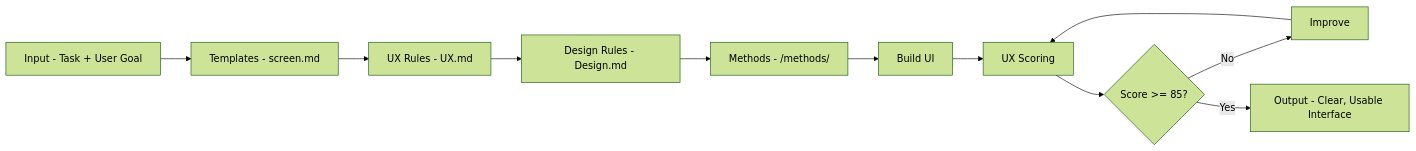
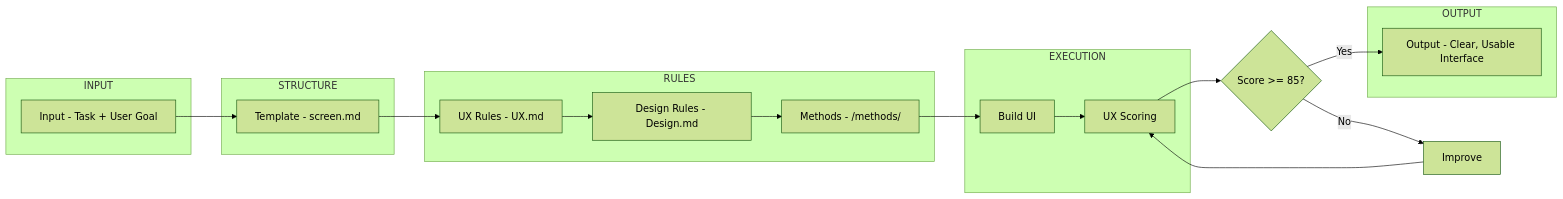
One commit to layr-hq/layr changed the diagram in README.md. Above: the diagram before and after it, drawn with Mermaid (forest theme).

````diff
--- a/README.md
+++ b/README.md
@@ -66,13 +64,33 @@
 ```mermaid
 flowchart LR
-    A[Input - Task + User Goal] --> B[Templates - screen.md]
-    B --> C[UX Rules - UX.md]
-    C --> D[Design Rules - Design.md]
-    D --> E[Methods - /methods/]
-    E --> F[Build UI]
-    F --> G[UX Scoring]
+
+    subgraph INPUT
+        A[Input - Task + User Goal]
+    end
+
+    subgraph STRUCTURE
+        B[Template - screen.md]
+    end
+
+    subgraph RULES
+        C[UX Rules - UX.md]
+        D[Design Rules - Design.md]
+        E[Methods - /methods/]
+    end
+
+    subgraph EXECUTION
+        F[Build UI]
+        G[UX Scoring]
+    end
+
+    subgraph OUTPUT
+        J[Output - Clear, Usable Interface]
+    end
+
+    A --> B --> C --> D --> E --> F --> G
+
     G --> H{Score >= 85?}
     H -- No --> I[Improve]
     I --> G
-    H -- Yes --> J[Output - Clear, Usable Interface]
+    H -- Yes --> J
 ```
````
